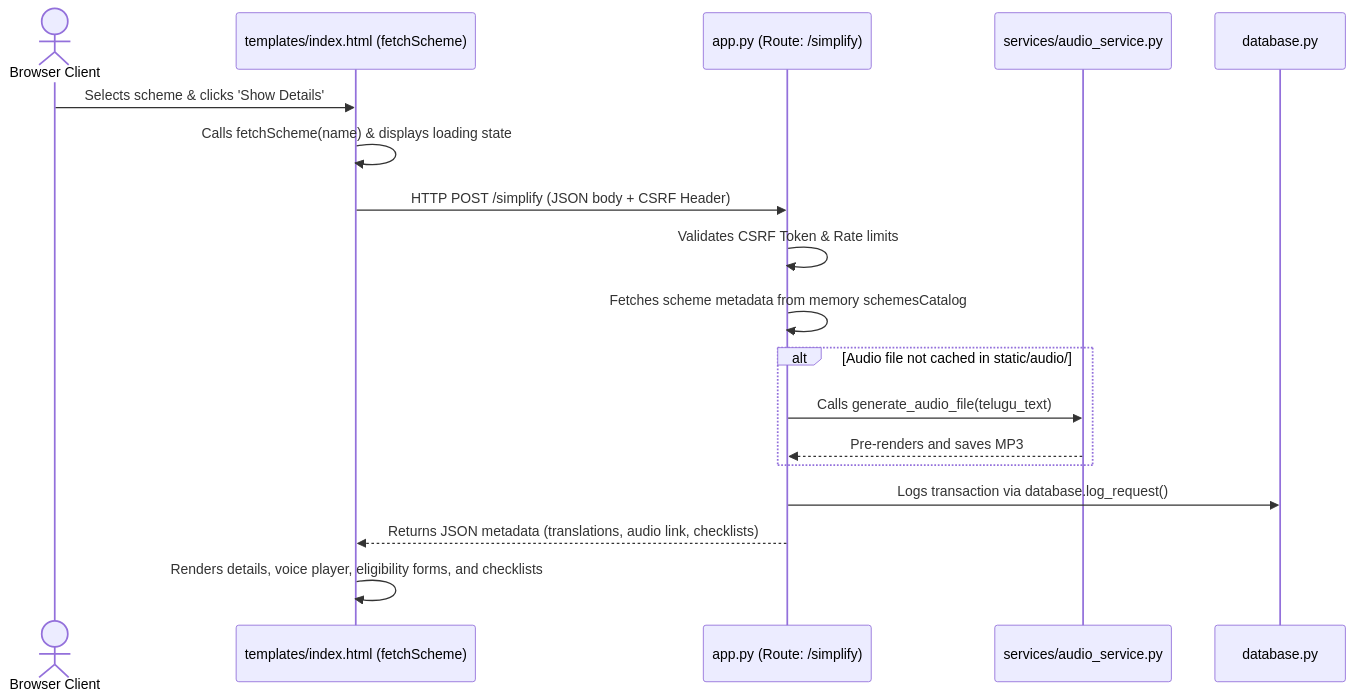
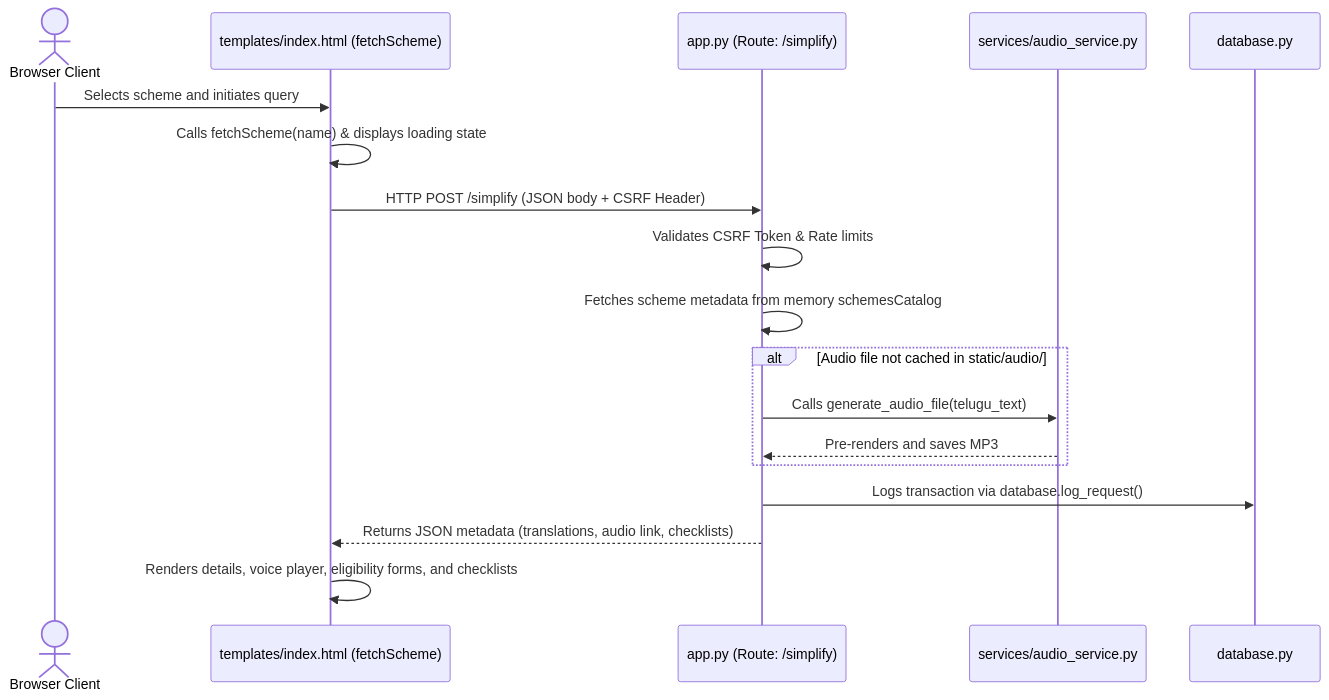
The third of 4 diagrams in smartgov_execution_flow.md (giridharreddy-dev/SmartGovAI-2026), drawn with Mermaid before and after one commit. The commit also changed other lines of this file and 12 other files, not shown here.

````diff
--- a/smartgov_execution_flow.md
+++ b/smartgov_execution_flow.md
@@ -89,21 +93,21 @@
 ```mermaid
 sequenceDiagram
     actor Client as Browser Client
     participant UI as templates/index.html (fetchScheme)
     participant App as app.py (Route: /simplify)
     participant Audio as services/audio_service.py
     participant DB as database.py
 
-    Client->>UI: Selects scheme & clicks 'Show Details'
+    Client->>UI: Selects scheme and initiates query
     UI->>UI: Calls fetchScheme(name) & displays loading state
     UI->>App: HTTP POST /simplify (JSON body + CSRF Header)
     App->>App: Validates CSRF Token & Rate limits
     App->>App: Fetches scheme metadata from memory schemesCatalog
     alt Audio file not cached in static/audio/
         App->>Audio: Calls generate_audio_file(telugu_text)
         Audio-->>App: Pre-renders and saves MP3
     end
     App->>DB: Logs transaction via database.log_request()
     App-->>UI: Returns JSON metadata (translations, audio link, checklists)
     UI->>UI: Renders details, voice player, eligibility forms, and checklists
 ```
````
